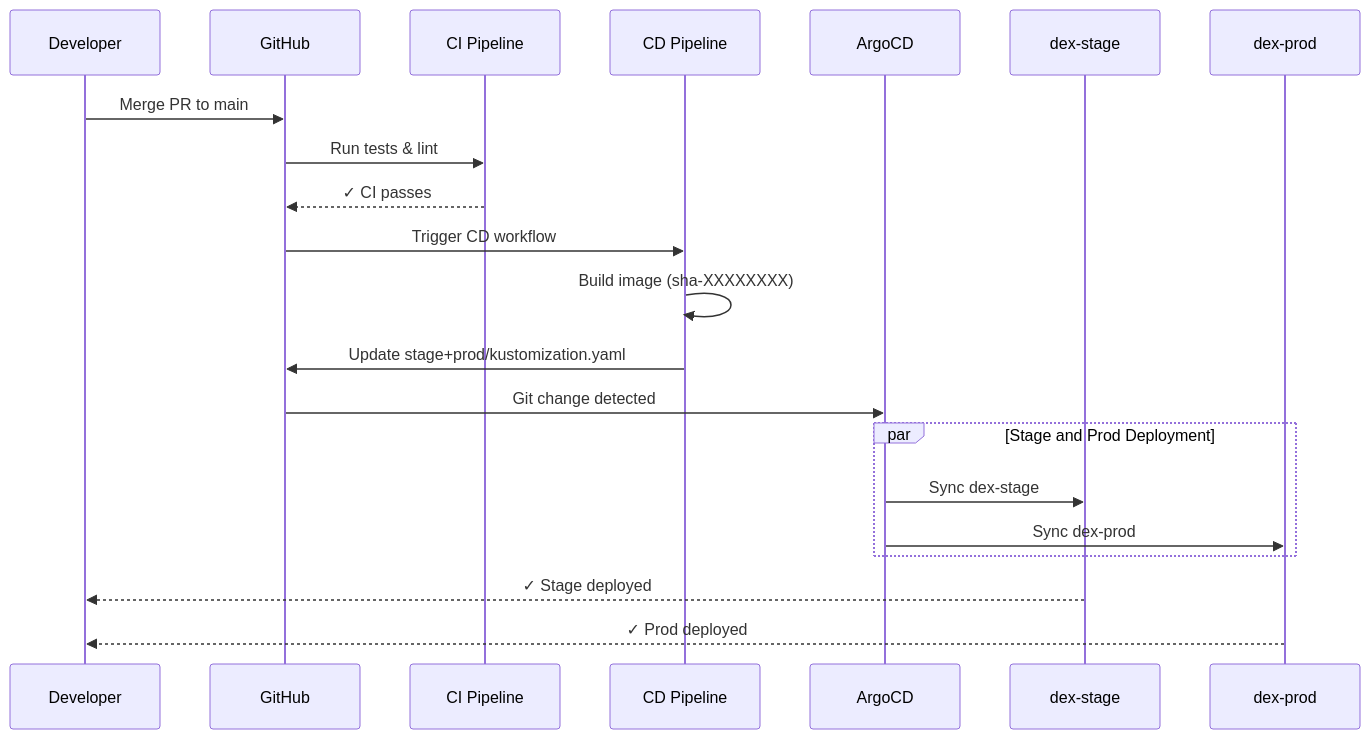
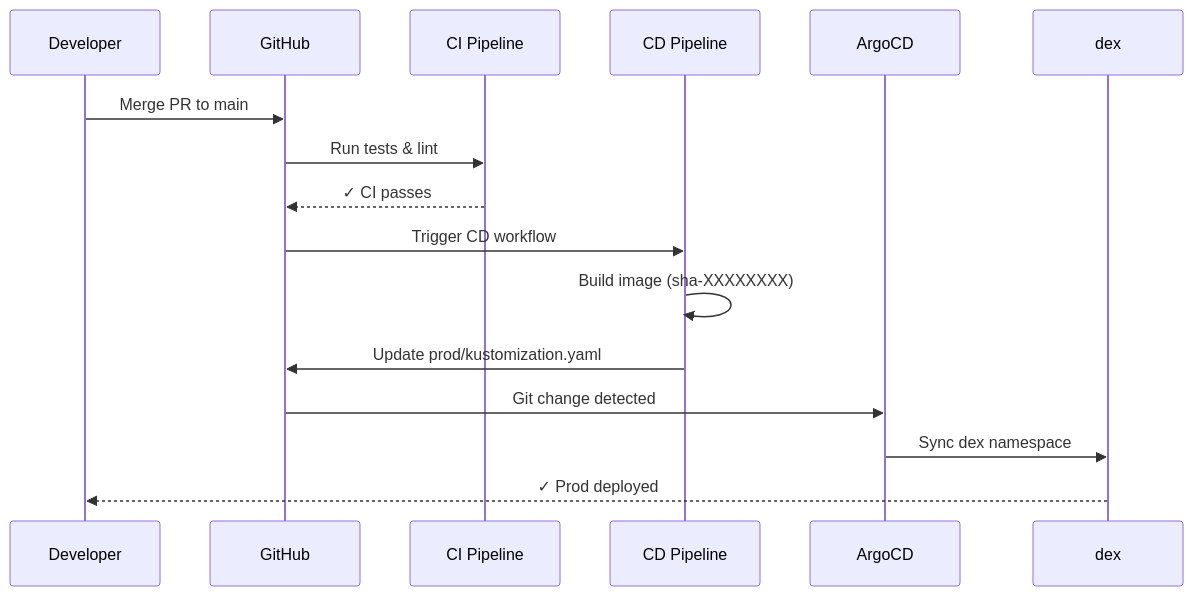
Before and after one commit to data-literate/DEX: the third of 4 diagrams in docs/DEPLOY_RUNBOOK.md, drawn with Mermaid. The commit also changed other lines of this file and 23 other files, not shown here.

First line of the commit message:
release: promote dev to production (2-env deployment)

````diff
--- a/docs/DEPLOY_RUNBOOK.md
+++ b/docs/DEPLOY_RUNBOOK.md
@@ -81,24 +79,19 @@
 ```mermaid
 sequenceDiagram
     participant Dev as Developer
     participant GH as GitHub
     participant CI as CI Pipeline
     participant CD as CD Pipeline
     participant Argo as ArgoCD
-    participant Stage as dex-stage
-    participant Prod as dex-prod
+    participant Prod as dex
 
     Dev->>GH: Merge PR to main
     GH->>CI: Run tests & lint
     CI-->>GH: ✓ CI passes
     GH->>CD: Trigger CD workflow
     CD->>CD: Build image (sha-XXXXXXXX)
-    CD->>GH: Update stage+prod/kustomization.yaml
+    CD->>GH: Update prod/kustomization.yaml
     GH->>Argo: Git change detected
-    par Stage and Prod Deployment
-        Argo->>Stage: Sync dex-stage
-        Argo->>Prod: Sync dex-prod
-    end
-    Stage-->>Dev: ✓ Stage deployed
+    Argo->>Prod: Sync dex namespace
     Prod-->>Dev: ✓ Prod deployed
 ```
````
